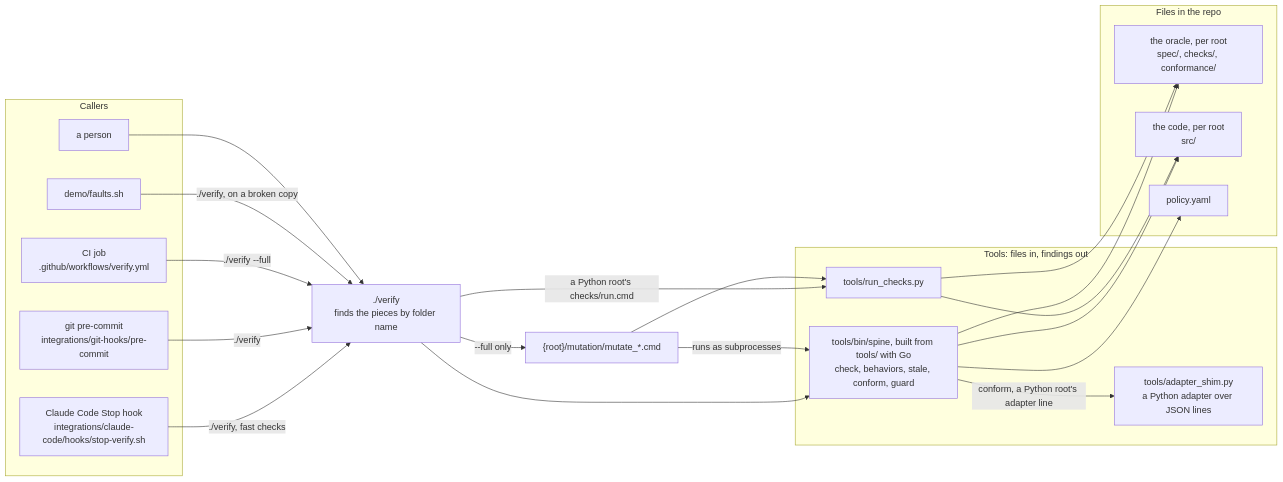
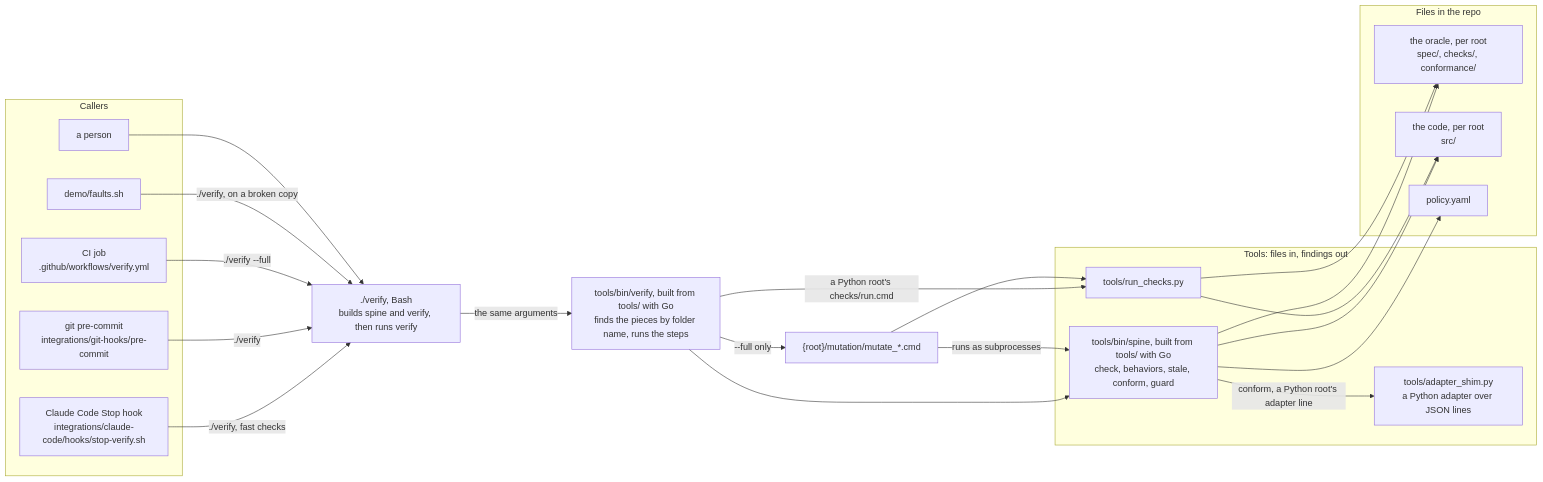
The first of 7 diagrams in docs/architecture.md (23min/verifier-kit), drawn with Mermaid before and after one commit. The commit also changed other lines of this file and 16 other files, not shown here.

First line of the commit message:
feat(verify): move ./verify to Go behind a short Bash script, so its decisions are tested and no Python is left in it

````diff
--- a/docs/architecture.md
+++ b/docs/architecture.md
@@ -15,38 +15,40 @@
 ```mermaid
 flowchart LR
   subgraph callers["Callers"]
     stop["Claude Code Stop hook<br/>integrations/claude-code/hooks/stop-verify.sh"]
     pre["git pre-commit<br/>integrations/git-hooks/pre-commit"]
     ci["CI job<br/>.github/workflows/verify.yml"]
     faults["demo/faults.sh"]
     person["a person"]
   end
-  verify["./verify<br/>finds the pieces by folder name"]
+  entry["./verify, Bash<br/>builds spine and verify, then runs verify"]
+  verify["tools/bin/verify, built from tools/ with Go<br/>finds the pieces by folder name, runs the steps"]
   subgraph tools["Tools: files in, findings out"]
     spine["tools/bin/spine, built from tools/ with Go<br/>check, behaviors, stale, conform, guard"]
     rc["tools/run_checks.py"]
     shim["tools/adapter_shim.py<br/>a Python adapter over JSON lines"]
   end
   mut["{root}/mutation/mutate_*.cmd"]
   subgraph files["Files in the repo"]
     oracle["the oracle, per root<br/>spec/, checks/, conformance/"]
     code["the code, per root<br/>src/"]
     policy["policy.yaml"]
   end
-  stop -->|"./verify, fast checks"| verify
-  pre -->|"./verify"| verify
-  ci -->|"./verify --full"| verify
-  faults -->|"./verify, on a broken copy"| verify
-  person --> verify
+  stop -->|"./verify, fast checks"| entry
+  pre -->|"./verify"| entry
+  ci -->|"./verify --full"| entry
+  faults -->|"./verify, on a broken copy"| entry
+  person --> entry
+  entry -->|"the same arguments"| verify
   verify --> spine
   verify -->|"a Python root's checks/run.cmd"| rc
   spine -->|"conform, a Python root's adapter line"| shim
   verify -->|"--full only"| mut
   mut -->|"runs as subprocesses"| spine
   mut --> rc
   spine --> oracle
   spine --> code
   spine --> policy
   rc --> oracle
   rc --> code
 ```
````
